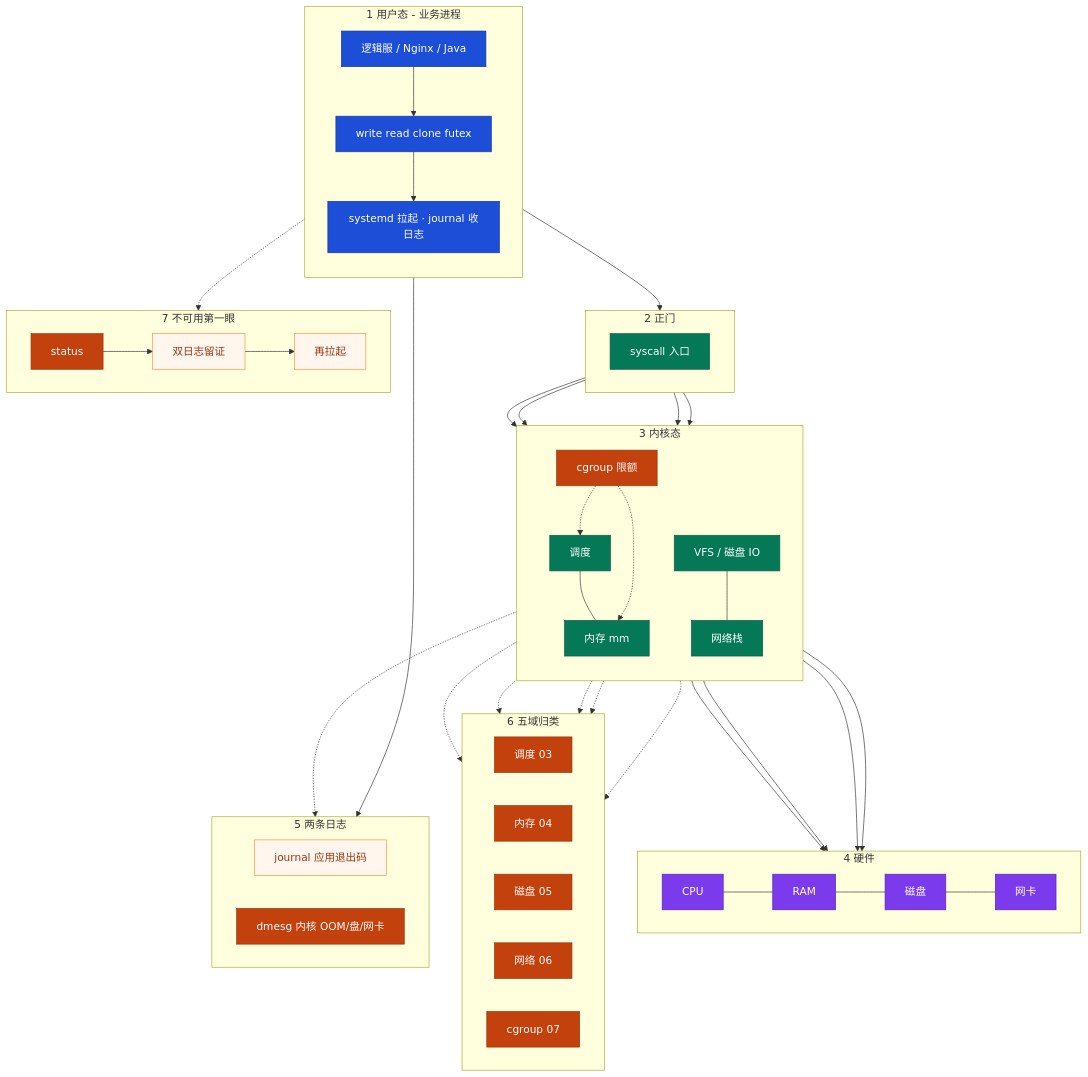
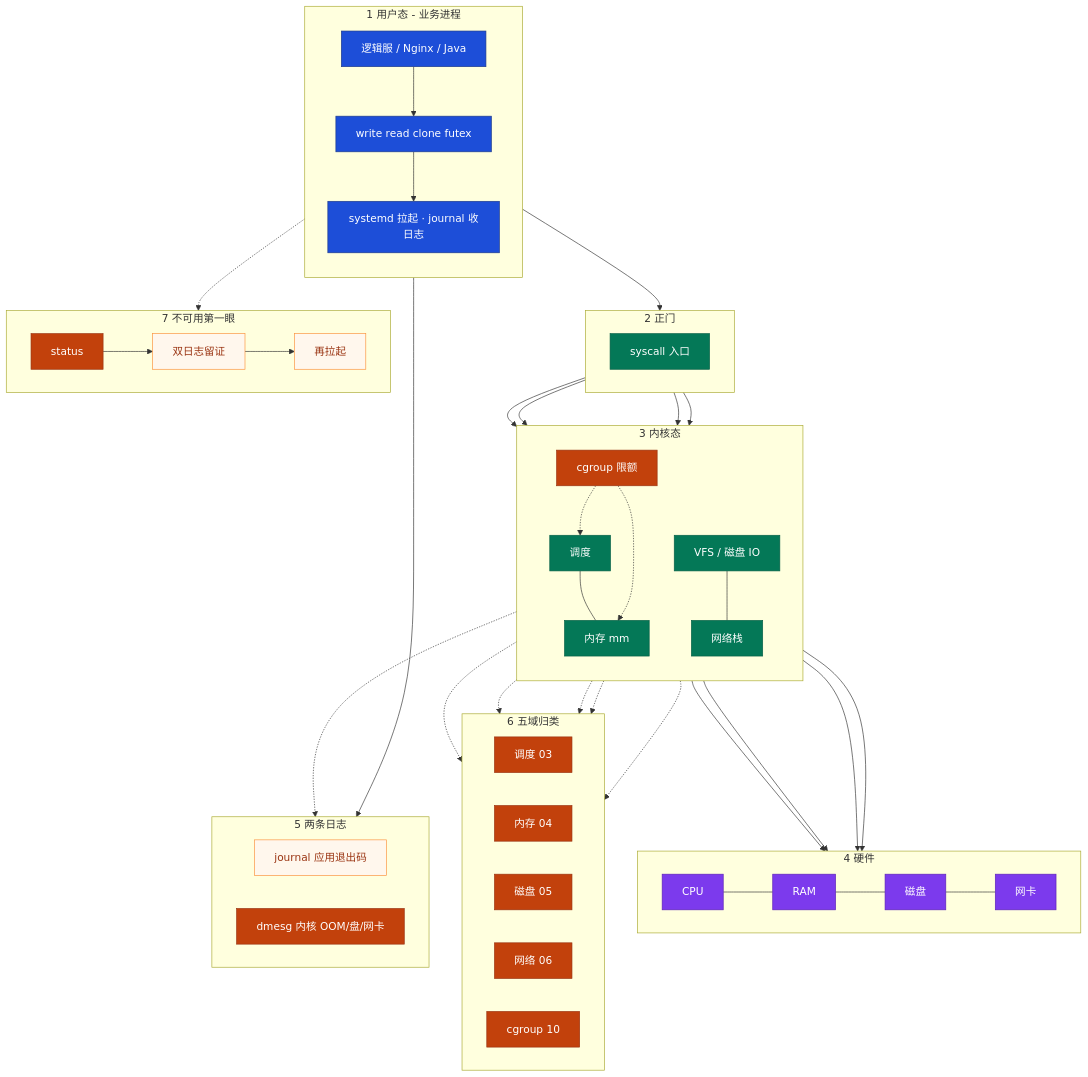
One commit to ml-cuizijun/LearnToLilith changed the first of 12 diagrams in 01-基础底座/04-内核与系统/知识点.md. Above: the diagram before and after it, drawn with Mermaid. The commit also changed other lines of this file and 56 other files, not shown here.

````diff
--- a/01-基础底座/04-内核与系统/知识点.md
+++ b/01-基础底座/04-内核与系统/知识点.md
@@ -67,77 +67,77 @@
 ```mermaid
 flowchart TB
     classDef user fill:#1D4ED8,stroke:#1E3A8A,color:#fff
     classDef kern fill:#047857,stroke:#065F46,color:#fff
     classDef hw fill:#7C3AED,stroke:#5B21B6,color:#fff
     classDef danger fill:#C2410C,stroke:#9A3412,color:#fff
     classDef note fill:#FFF7ED,stroke:#FB923C,color:#9A3412
 
     subgraph APP["1 用户态 - 业务进程"]
         direction TB
         A1["逻辑服 / Nginx / Java"] --> A2["write read clone futex"]
         A2 --> A3["systemd 拉起 · journal 收日志"]
     end
 
     subgraph GATE["2 正门"]
         direction LR
         G1["syscall 入口"]
     end
 
     subgraph KERNEL["3 内核态"]
         direction TB
         K1["调度"] --- K2["内存 mm"]
         K3["VFS / 磁盘 IO"] --- K4["网络栈"]
         K5["cgroup 限额"]
         G1 --> K1 & K2 & K3 & K4
         K5 -.-> K1 & K2
     end
 
     subgraph HARD["4 硬件"]
         direction LR
         H1["CPU"] --- H2["RAM"] --- H3["磁盘"] --- H4["网卡"]
     end
 
     subgraph LOG["5 两条日志"]
         direction LR
         L1["journal 应用退出码"]
         L2["dmesg 内核 OOM/盘/网卡"]
     end
 
     subgraph GRID["6 五域归类"]
         direction LR
         F1["调度 03"]
         F2["内存 04"]
         F3["磁盘 05"]
         F4["网络 06"]
-        F5["cgroup 07"]
+        F5["cgroup 10"]
     end
 
     subgraph FIRST["7 不可用第一眼"]
         direction LR
         X1["status"]
         X2["双日志留证"]
         X3["再拉起"]
     end
 
     A3 --> G1
     K1 --> H1
     K2 --> H2
     K3 --> H3
     K4 --> H4
     A3 --> L1
     K2 -.-> L2
     K1 -.-> F1
     K2 -.-> F2
     K3 -.-> F3
     K4 -.-> F4
     K5 -.-> F5
     A1 -.-> X1
     X1 --> X2 --> X3
 
     class A1,A2,A3 user
     class G1,K1,K2,K3,K4 kern
     class H1,H2,H3,H4 hw
     class F1,F2,F3,F4,F5,L2,X1 danger
     class L1,X2,X3 note
     class K5 danger
 ```
````
